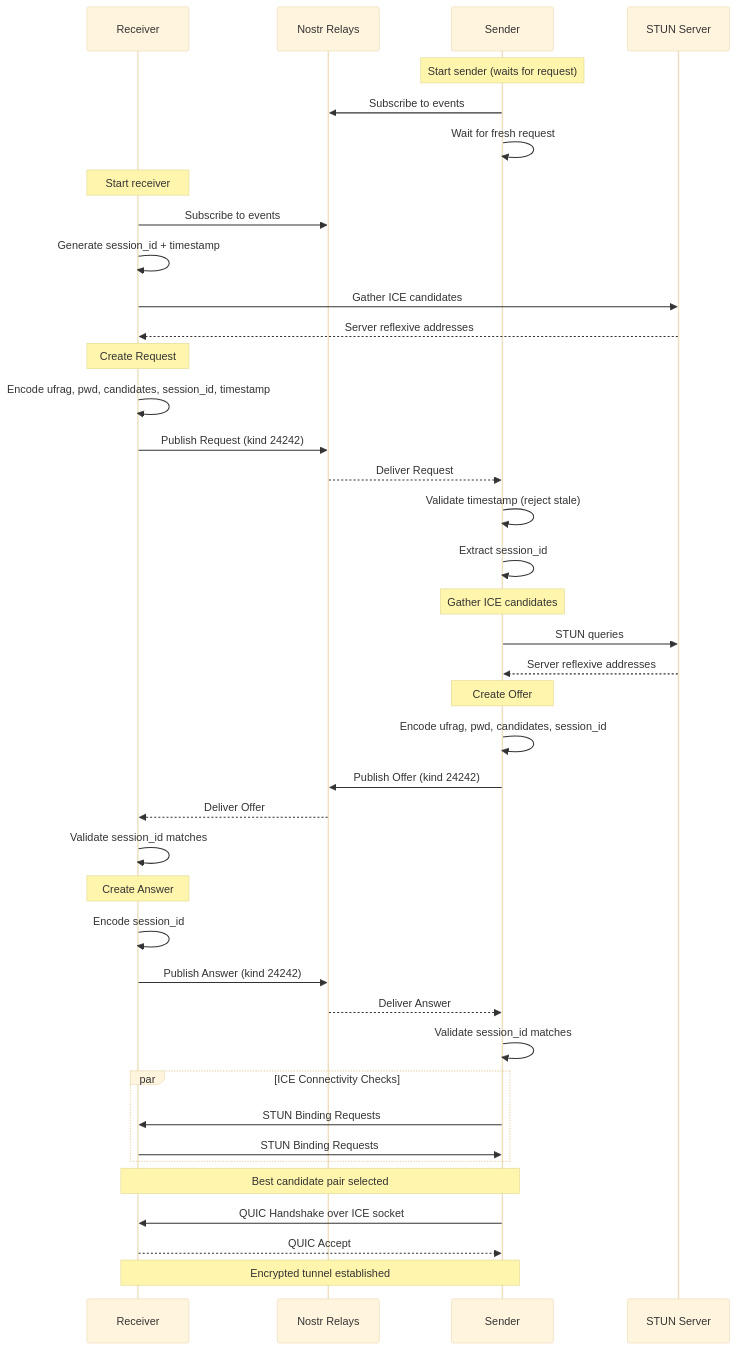
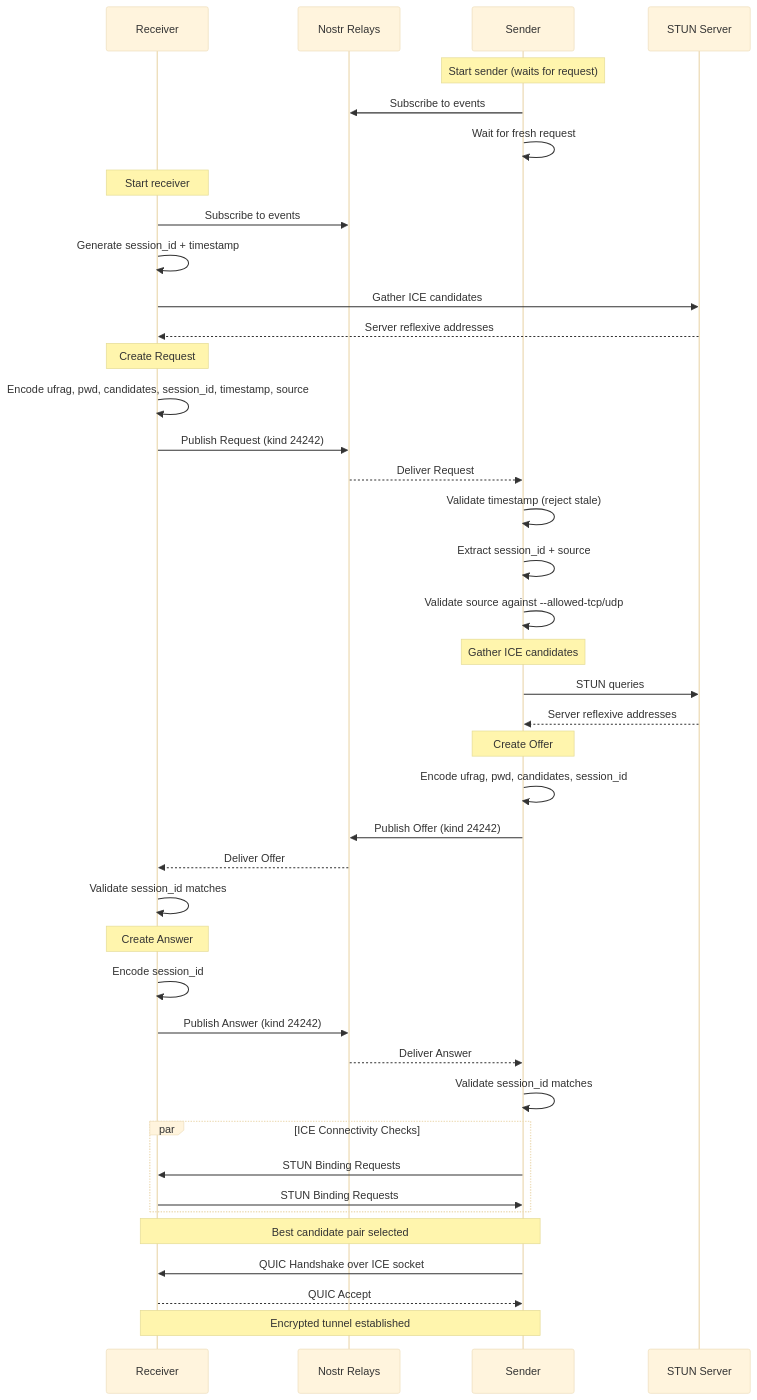
One commit to andrewtheguy/vpn-rs changed diagram 23 of 38 in docs/ARCHITECTURE.md. Above: the diagram before and after it, drawn with Mermaid (base theme). The commit also changed other lines of this file, not shown here.

Commit message:
feat: Update architecture documentation to include receiver-initiated dynamic source capabilities and mode comparison

````diff
--- a/docs/ARCHITECTURE.md
+++ b/docs/ARCHITECTURE.md
@@ -931,55 +948,56 @@
 ```mermaid
 sequenceDiagram
     participant R as Receiver
     participant NR as Nostr Relays
     participant S as Sender
     participant STUN as STUN Server
 
     Note over S: Start sender (waits for request)
     S->>NR: Subscribe to events
     S->>S: Wait for fresh request
 
     Note over R: Start receiver
     R->>NR: Subscribe to events
     R->>R: Generate session_id + timestamp
     R->>STUN: Gather ICE candidates
     STUN-->>R: Server reflexive addresses
 
     Note over R: Create Request
-    R->>R: Encode ufrag, pwd, candidates, session_id, timestamp
+    R->>R: Encode ufrag, pwd, candidates, session_id, timestamp, source
     R->>NR: Publish Request (kind 24242)
 
     NR-->>S: Deliver Request
     S->>S: Validate timestamp (reject stale)
-    S->>S: Extract session_id
+    S->>S: Extract session_id + source
+    S->>S: Validate source against --allowed-tcp/udp
 
     Note over S: Gather ICE candidates
     S->>STUN: STUN queries
     STUN-->>S: Server reflexive addresses
 
     Note over S: Create Offer
     S->>S: Encode ufrag, pwd, candidates, session_id
     S->>NR: Publish Offer (kind 24242)
 
     NR-->>R: Deliver Offer
     R->>R: Validate session_id matches
 
     Note over R: Create Answer
     R->>R: Encode session_id
     R->>NR: Publish Answer (kind 24242)
 
     NR-->>S: Deliver Answer
     S->>S: Validate session_id matches
 
     par ICE Connectivity Checks
         S->>R: STUN Binding Requests
         R->>S: STUN Binding Requests
     end
 
     Note over S,R: Best candidate pair selected
 
     S->>R: QUIC Handshake over ICE socket
     R-->>S: QUIC Accept
 
     Note over S,R: Encrypted tunnel established
 ```
````
